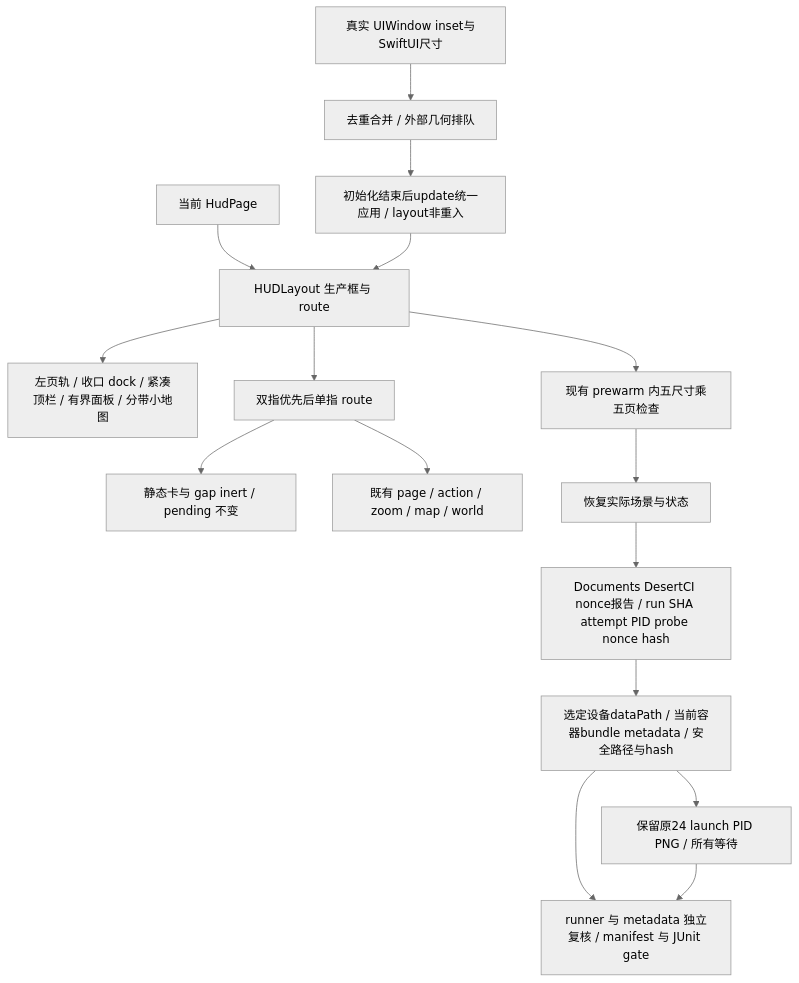
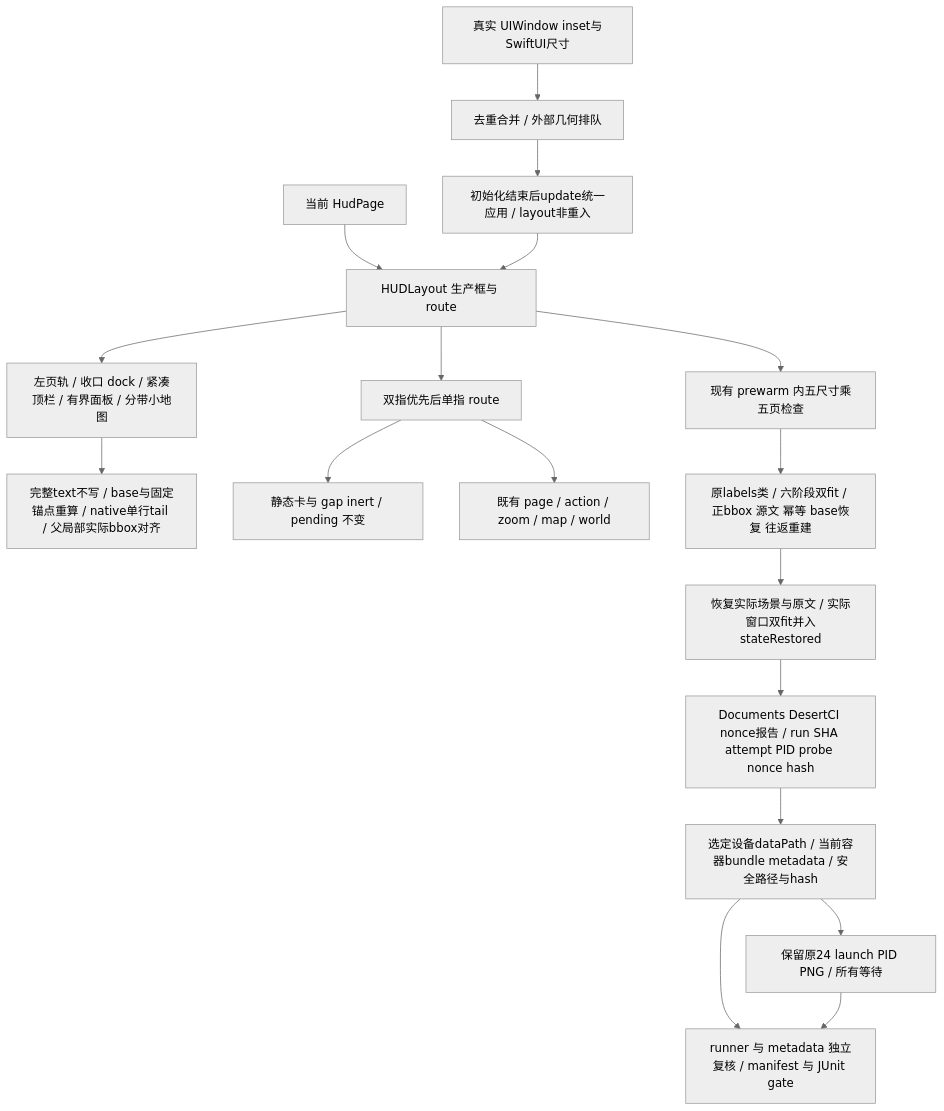
One commit to Altman-sam114/1145 changed the fourth of 8 diagrams in md/flow/flowchart.md. Above: the diagram before and after it, drawn with Mermaid (neutral theme). The commit also changed other lines of this file and 8 other files, not shown here.

````diff
--- a/md/flow/flowchart.md
+++ b/md/flow/flowchart.md
@@ -193,18 +193,20 @@
 ```mermaid
 flowchart TD
   Window[真实 UIWindow inset与SwiftUI尺寸] --> Pending[去重合并 / 外部几何排队]
   Pending --> SceneInsets[初始化结束后update统一应用 / layout非重入]
   Page[当前 HudPage] --> Layout[HUDLayout 生产框与 route]
   SceneInsets --> Layout
   Layout --> Draw[左页轨 / 收口 dock / 紧凑顶栏 / 有界面板 / 分带小地图]
+  Draw --> Fit[完整text不写 / base与固定锚点重算 / native单行tail / 父局部实际bbox对齐]
   Layout --> Touch[双指优先后单指 route]
   Touch --> Inert[静态卡与 gap inert / pending 不变]
   Touch --> Command[既有 page / action / zoom / map / world]
   Layout --> SwiftContract[现有 prewarm 内五尺寸乘五页检查]
-  SwiftContract --> Restore[恢复实际场景与状态]
+  SwiftContract --> LabelAudit[原labels类 / 六阶段双fit / 正bbox 源文 幂等 base恢复 往返重建]
+  LabelAudit --> Restore[恢复实际场景与原文 / 实际窗口双fit并入stateRestored]
   Restore --> JSON[Documents DesertCI nonce报告 / run SHA attempt PID probe nonce hash]
   JSON --> Read[选定设备dataPath / 当前容器bundle metadata / 安全路径与hash]
   Read --> Gate[runner 与 metadata 独立复核 / manifest 与 JUnit gate]
   Read --> Capture[保留原24 launch PID PNG / 所有等待]
   Capture --> Gate
 ```
````
